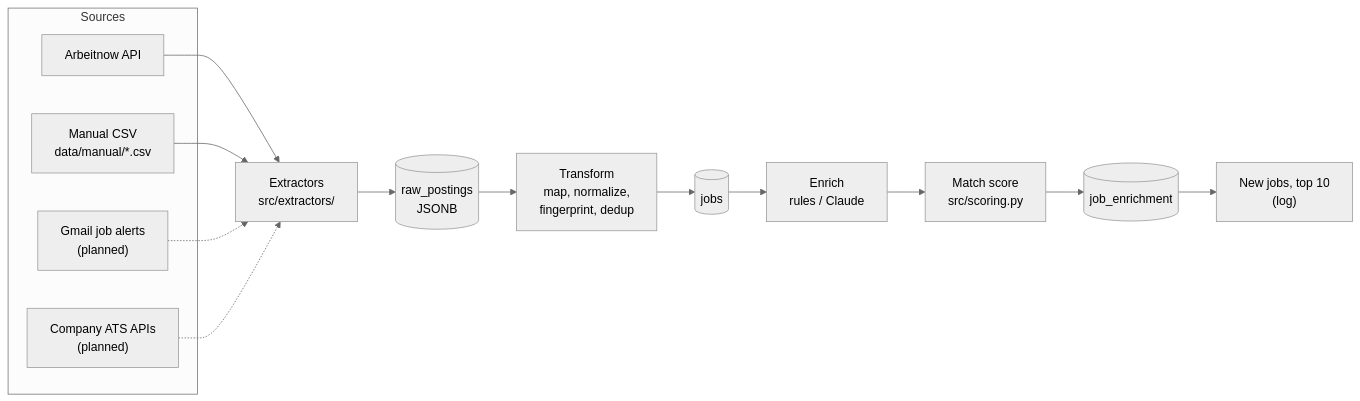
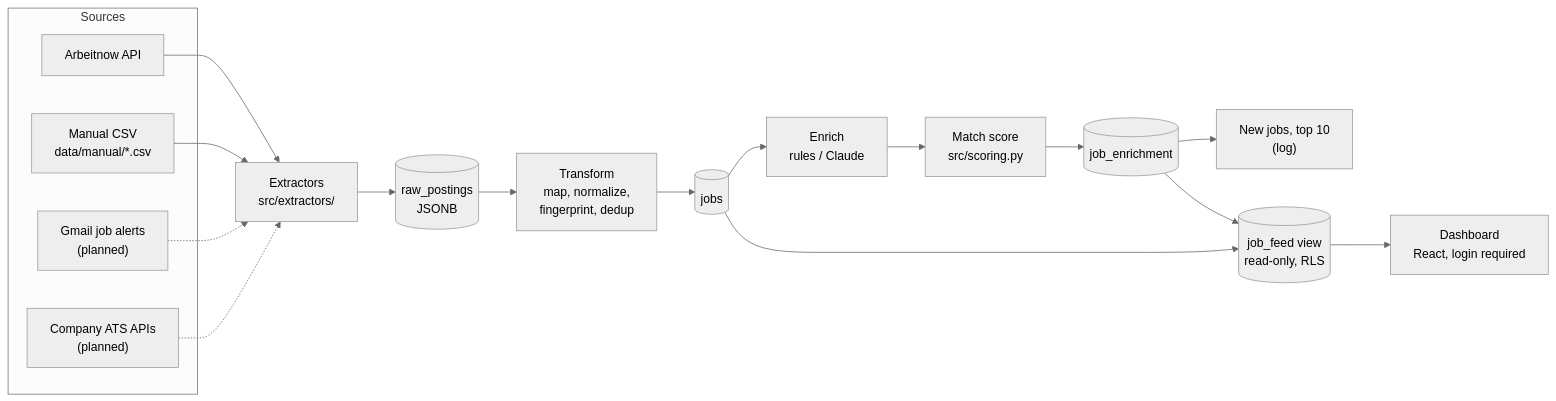
One commit to NagyDominik1/job-market-etl changed the diagram in README.md. Above: the diagram before and after it, drawn with Mermaid (neutral theme). The commit also changed other lines of this file and 1 other file, not shown here.

Commit message:
docs: README dashboard section and CLAUDE.md for Phase 8a

````diff
--- a/README.md
+++ b/README.md
@@ -21,22 +22,25 @@
 ```mermaid
 flowchart LR
     subgraph Sources
         AN["Arbeitnow API"]
         CSV["Manual CSV<br/>data/manual/*.csv"]
         EM["Gmail job alerts<br/>(planned)"]
         ATS["Company ATS APIs<br/>(planned)"]
     end
 
     AN --> EX["Extractors<br/>src/extractors/"]
     CSV --> EX
     EM -.-> EX
     ATS -.-> EX
 
     EX --> RAW[("raw_postings<br/>JSONB")]
     RAW --> TR["Transform<br/>map, normalize,<br/>fingerprint, dedup"]
     TR --> JOBS[("jobs")]
     JOBS --> EN["Enrich<br/>rules / Claude"]
     EN --> SC["Match score<br/>src/scoring.py"]
     SC --> ENR[("job_enrichment")]
     ENR --> REP["New jobs, top 10<br/>(log)"]
+    ENR --> FEED[("job_feed view<br/>read-only, RLS")]
+    JOBS --> FEED
+    FEED --> DASH["Dashboard<br/>React, login required"]
 ```
````
